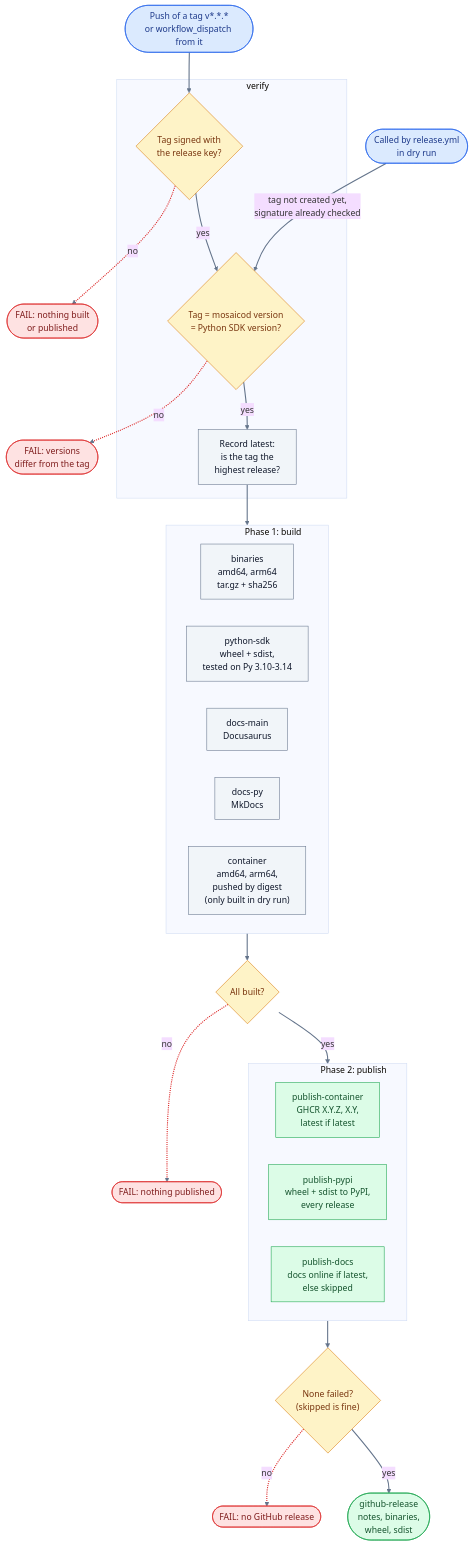
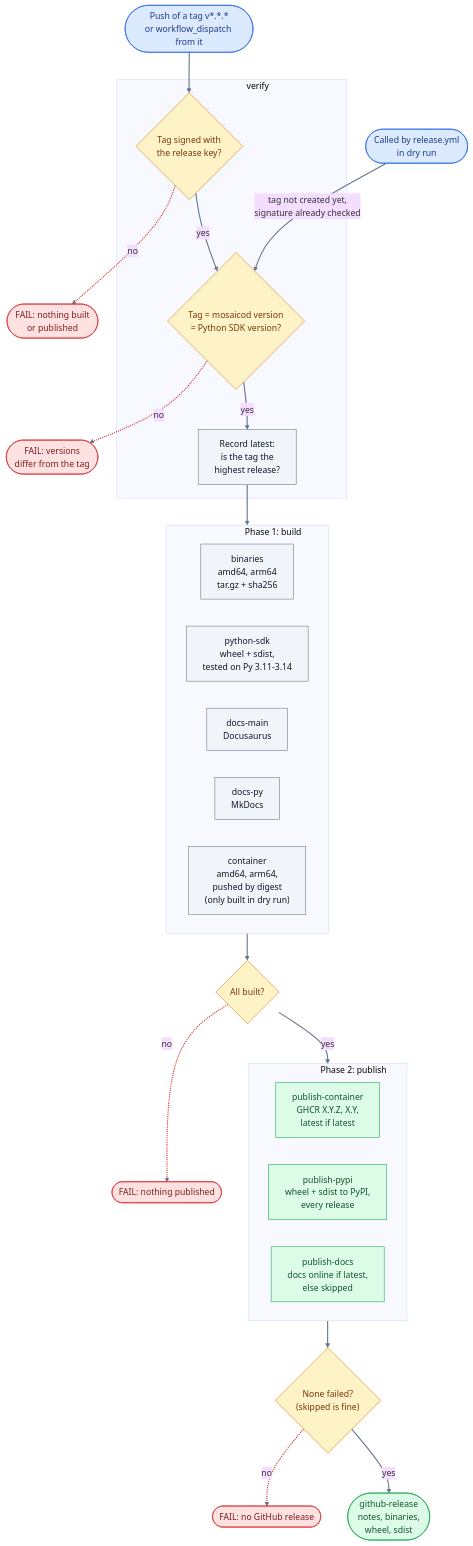
Before and after one commit to mosaico-labs/mosaico: the second of 2 diagrams in RELEASING.md, drawn with Mermaid (base theme). The commit also changed other lines of this file and 15 other files, not shown here.

First line of the commit message:
chore(sdk-py)!: drop Python 3.10 support and update Pillow to 13

````diff
--- a/RELEASING.md
+++ b/RELEASING.md
@@ -133,63 +133,63 @@
 ```mermaid
 flowchart TD
     trigger(["Push of a tag v*.*.*<br/>or workflow_dispatch from it"])
     dryTrigger(["Called by release.yml<br/>in dry run"])
 
     subgraph verify["#emsp;#emsp;#emsp;#emsp;#emsp;#emsp;verify"]
         signed{"Tag signed with<br/>the release key?"}
         versions{"Tag = mosaicod version<br/>= Python SDK version?"}
         highest["Record latest:<br/>is the tag the<br/>highest release?"]
     end
 
     subgraph build["#emsp;#emsp;#emsp;#emsp;#emsp;#emsp;Phase 1: build"]
         binaries["binaries<br/>amd64, arm64<br/>tar.gz + sha256"]
-        pythonSdk["python-sdk<br/>wheel + sdist,<br/>tested on Py 3.10-3.14"]
+        pythonSdk["python-sdk<br/>wheel + sdist,<br/>tested on Py 3.11-3.14"]
         docsMain["docs-main<br/>Docusaurus"]
         docsPy["docs-py<br/>MkDocs"]
         container["container<br/>amd64, arm64,<br/>pushed by digest<br/>(only built in dry run)"]
     end
 
     subgraph pub["#emsp;#emsp;#emsp;#emsp;#emsp;#emsp;Phase 2: publish"]
         pubImage["publish-container<br/>GHCR X.Y.Z, X.Y,<br/>latest if latest"]
         pubPypi["publish-pypi<br/>wheel + sdist to PyPI,<br/>every release"]
         pubDocs["publish-docs<br/>docs online if latest,<br/>else skipped"]
     end
 
     allBuilt{"All built?"}
     noneFailed{"None failed?<br/>(skipped is fine)"}
     ghRelease(["github-release<br/>notes, binaries,<br/>wheel, sdist"])
     failSign(["FAIL: nothing built<br/>or published"])
     failVersion(["FAIL: versions<br/>differ from the tag"])
     failBuild(["FAIL: nothing published"])
     failPublish(["FAIL: no GitHub release"])
 
     trigger --> signed
     signed -. no .-> failSign
     signed -- yes --> versions
     versions -. no .-> failVersion
     versions -- yes --> highest
     highest --> build
     build --> allBuilt
     allBuilt -. no .-> failBuild
     allBuilt -- yes --> pub
     pub --> noneFailed
     noneFailed -. no .-> failPublish
     noneFailed -- yes --> ghRelease
     dryTrigger -- "tag not created yet,<br/>signature already checked" --> versions
 
     classDef start fill:#dbeafe,stroke:#2563eb,color:#1e3a8a
     classDef check fill:#fef3c7,stroke:#d97706,color:#78350f
     classDef step fill:#f1f5f9,stroke:#64748b,color:#0f172a
     classDef done fill:#dcfce7,stroke:#16a34a,color:#14532d
     classDef fail fill:#fee2e2,stroke:#dc2626,color:#7f1d1d
     classDef skip fill:#f3f4f6,stroke:#9ca3af,color:#374151
     linkStyle default stroke:#64748b,stroke-width:2px
     linkStyle 1,3,7,10 stroke:#dc2626,stroke-width:2px
 
     class trigger,dryTrigger start
     class signed,versions,allBuilt,noneFailed check
     class highest,binaries,pythonSdk step
     class docsMain,docsPy,container step
     class pubImage,pubPypi,pubDocs,ghRelease done
     class failSign,failVersion,failBuild,failPublish fail
 ```
````
